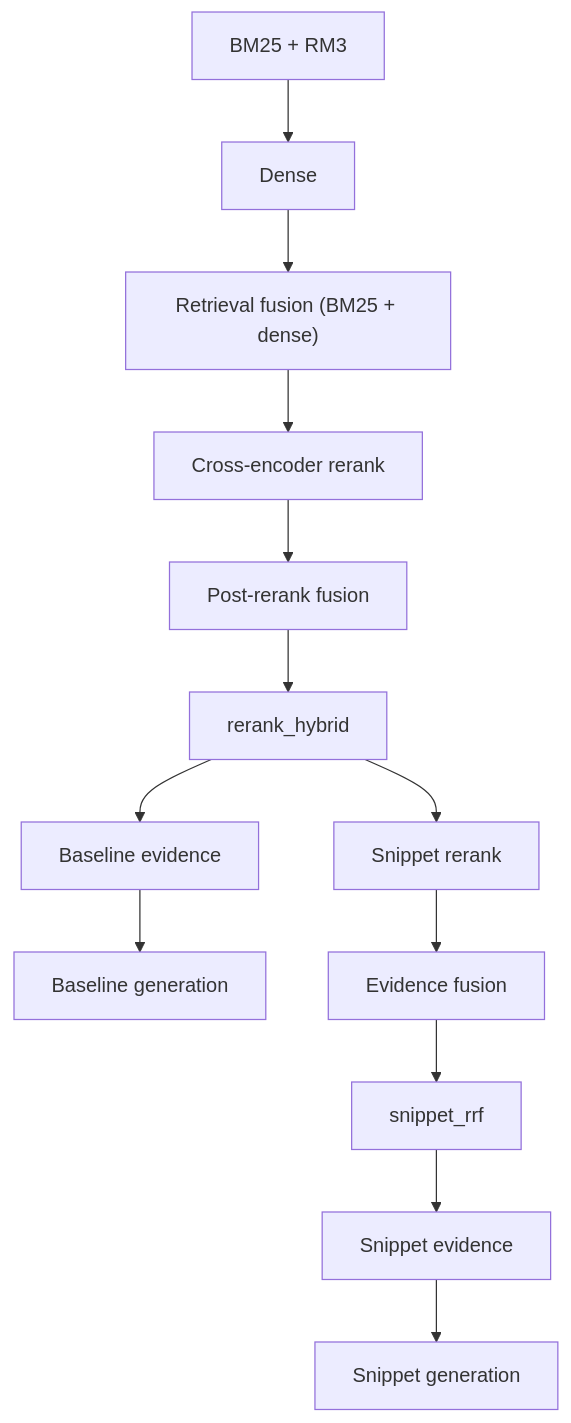
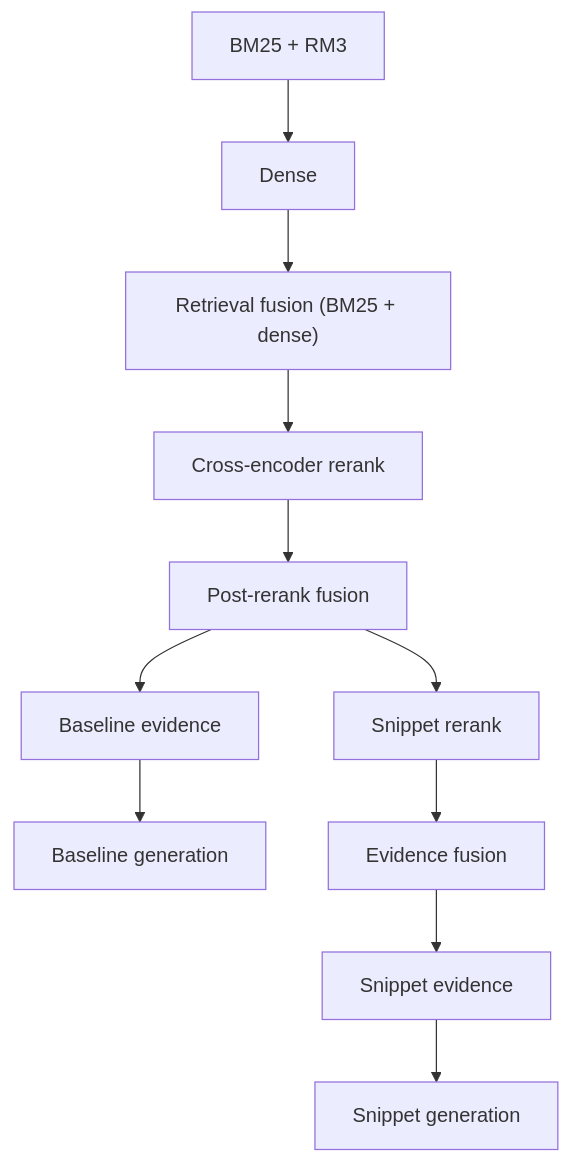
Before and after one commit to fulaibaowang/BioASQ: the diagram in README.md, drawn with Mermaid.

````diff
--- a/README.md
+++ b/README.md
@@ -39,17 +39,15 @@
 ```mermaid
 flowchart TD
   BM25[BM25 + RM3] --> Dense[Dense]
   Dense --> Hybrid["Retrieval fusion (BM25 + dense)"]
   Hybrid --> Rerank["Cross-encoder rerank"]
-  Rerank --> RRF1["Post-rerank fusion"]
-  RRF1 --> RH[rerank_hybrid]
+  Rerank --> RH["Post-rerank fusion"]
 
   RH --> EB[Baseline evidence]
   EB --> GB[Baseline generation]
 
   RH --> SR["Snippet rerank"]
   SR --> RRF2["Evidence fusion"]
-  RRF2 --> RRFSN[snippet_rrf]
-  RRFSN --> ES[Snippet evidence]
+  RRF2 --> ES[Snippet evidence]
   ES --> GS[Snippet generation]
 ```
````
